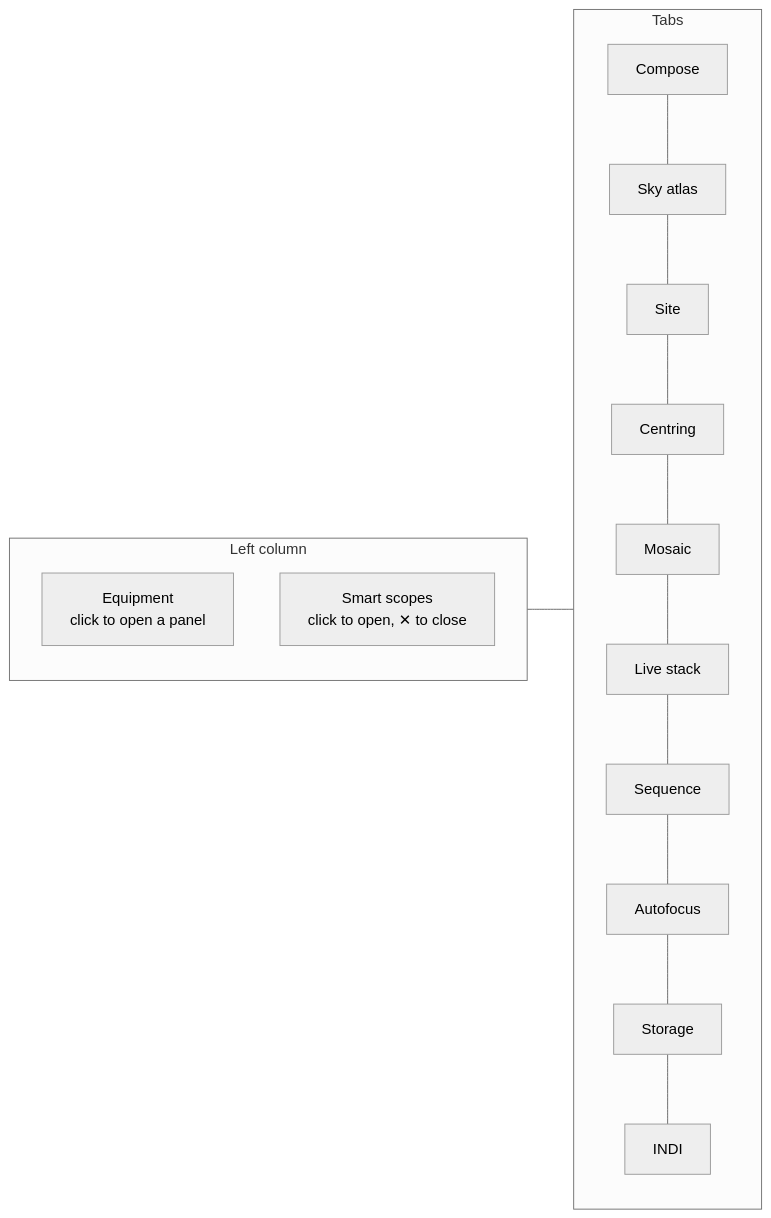
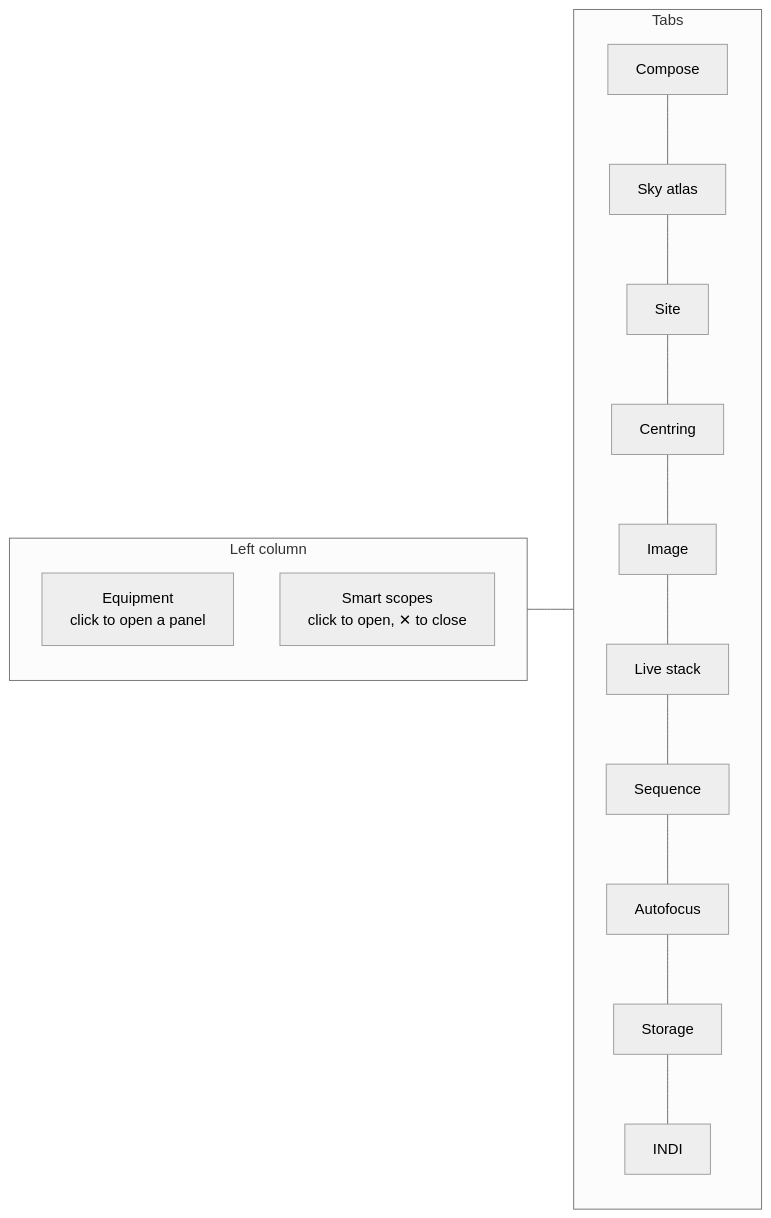
One commit to UltraGeekDEV/ELink-Astro changed the second of 4 diagrams in docs/user-guide.md. Above: the diagram before and after it, drawn with Mermaid (neutral theme). The commit also changed other lines of this file and 27 other files, not shown here.

````diff
--- a/docs/user-guide.md
+++ b/docs/user-guide.md
@@ -56,12 +56,12 @@
 ```mermaid
 flowchart LR
     subgraph Left[Left column]
         E[Equipment<br/>click to open a panel]
         S[Smart scopes<br/>click to open, ✕ to close]
     end
     subgraph Tabs
-        T1[Compose] --- T2[Sky atlas] --- T2b[Site] --- T3[Centring] --- T4[Mosaic] --- T4b[Live stack]
+        T1[Compose] --- T2[Sky atlas] --- T2b[Site] --- T3[Centring] --- T4[Image] --- T4b[Live stack]
         T4b --- T5[Sequence] --- T6[Autofocus] --- T7[Storage] --- T8[INDI]
     end
     Left --- Tabs
 ```
````
